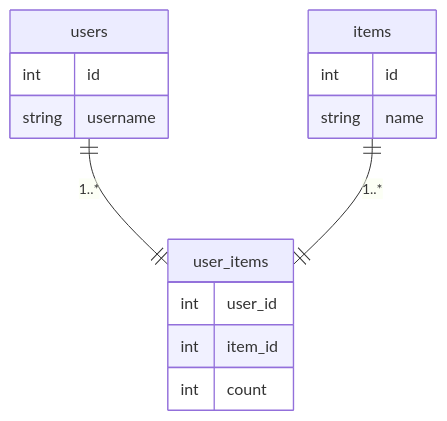
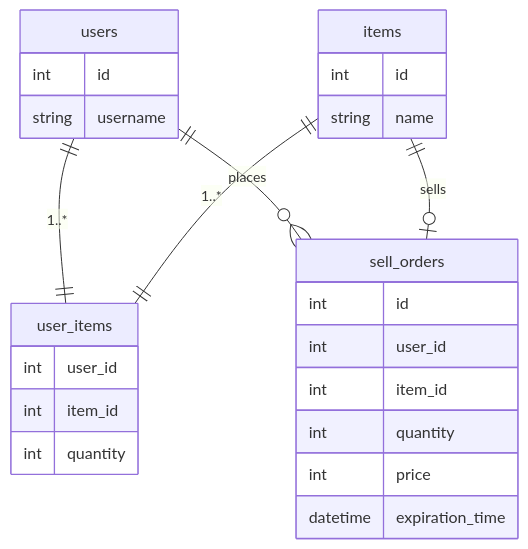
The diagram in README.md (kinkard/auction-house-cpp), drawn with Mermaid before and after one commit. The commit also changed 7 other files, not shown here.

Commit message:
Add `sell` and `view_sell_orders` commands

````diff
--- a/README.md
+++ b/README.md
@@ -25,18 +25,28 @@
 ```mermaid
 erDiagram
     users ||--|| user_items : "1..*"
     items ||--|| user_items : "1..*"
+    users ||--o{ sell_orders : "places"
+    items ||--o| sell_orders : "sells"
     users {
         int id
         string username
     }
     items {
         int id
         string name
     }
     user_items {
         int user_id
         int item_id
-        int count
+        int quantity
+    }
+    sell_orders {
+        int id
+        int user_id
+        int item_id
+        int quantity
+        int price
+        datetime expiration_time
     }
 ```
````
